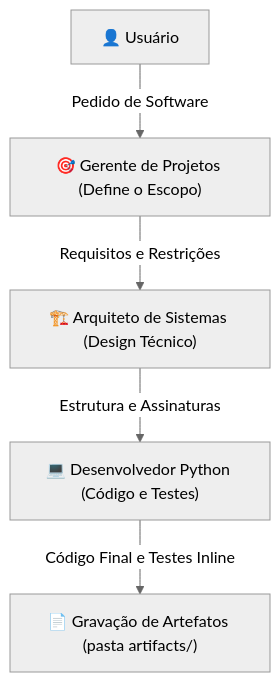
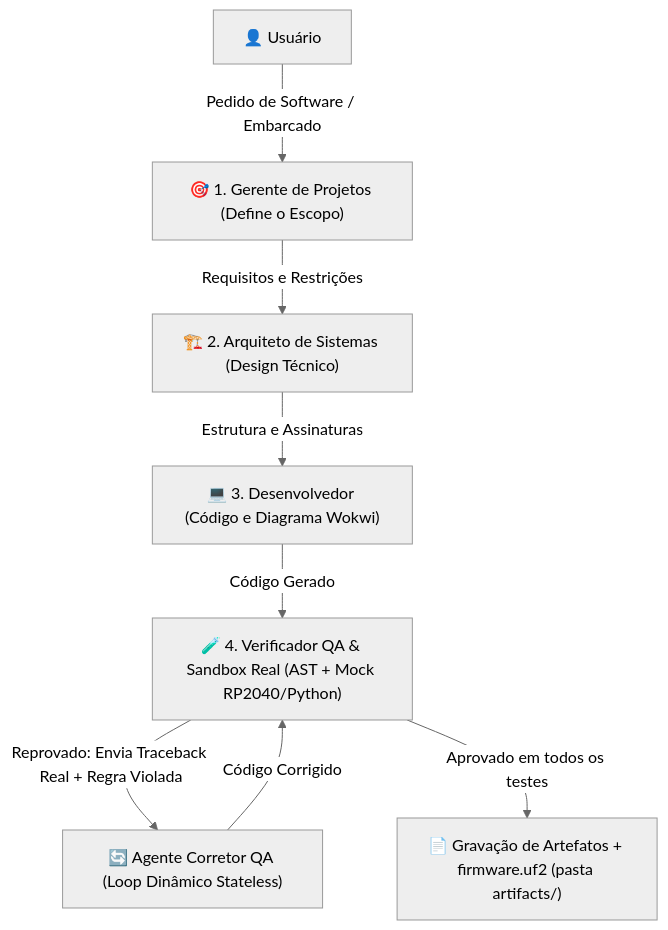
The diagram in README.md (vsvasconcelos/EdgeAI), drawn with Mermaid (neutral theme) before and after one commit. The commit also changed other lines of this file and 9 other files, not shown here.

Commit message:
Implementa Verificador QA com Sandbox MicroPython/Python, validador AST e loop dinâmico de auto-correção

````diff
--- a/README.md
+++ b/README.md
@@ -48,7 +48,10 @@
 ```mermaid
 graph TD
-    U["👤 Usuário"] -->|Pedido de Software| GP["🎯 Gerente de Projetos (Define o Escopo)"]
-    GP -->|Requisitos e Restrições| ARQ["🏗️ Arquiteto de Sistemas (Design Técnico)"]
-    ARQ -->|Estrutura e Assinaturas| DEV["💻 Desenvolvedor Python (Código e Testes)"]
-    DEV -->|Código Final e Testes Inline| R["📄 Gravação de Artefatos (pasta artifacts/)"]
+    U["👤 Usuário"] -->|Pedido de Software / Embarcado| GP["🎯 1. Gerente de Projetos (Define o Escopo)"]
+    GP -->|Requisitos e Restrições| ARQ["🏗️ 2. Arquiteto de Sistemas (Design Técnico)"]
+    ARQ -->|Estrutura e Assinaturas| DEV["💻 3. Desenvolvedor (Código e Diagrama Wokwi)"]
+    DEV -->|Código Gerado| QA["🧪 4. Verificador QA & Sandbox Real (AST + Mock RP2040/Python)"]
+    QA -->|Reprovado: Envia Traceback Real + Regra Violada| COR["🔄 Agente Corretor QA (Loop Dinâmico Stateless)"]
+    COR -->|Código Corrigido| QA
+    QA -->|Aprovado em todos os testes| R["📄 Gravação de Artefatos + firmware.uf2 (pasta artifacts/)"]
 ```
````
